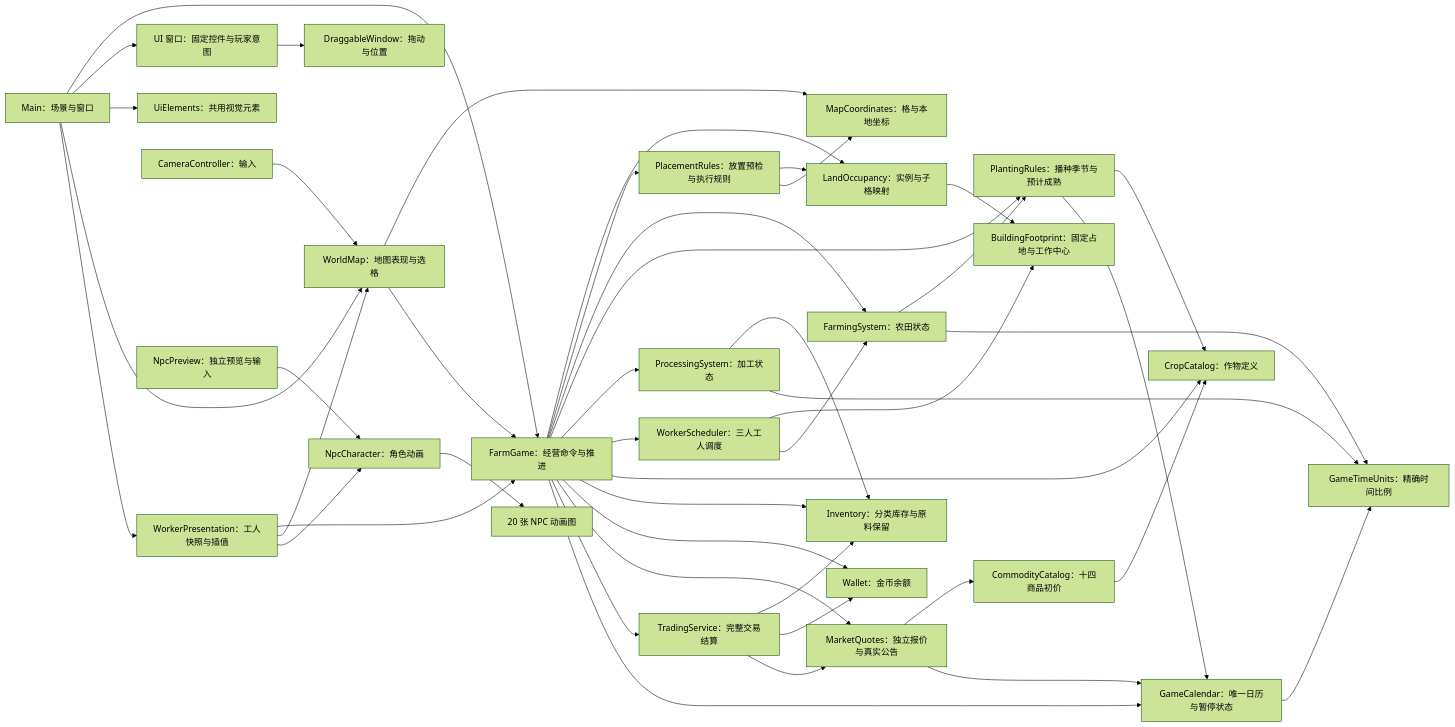
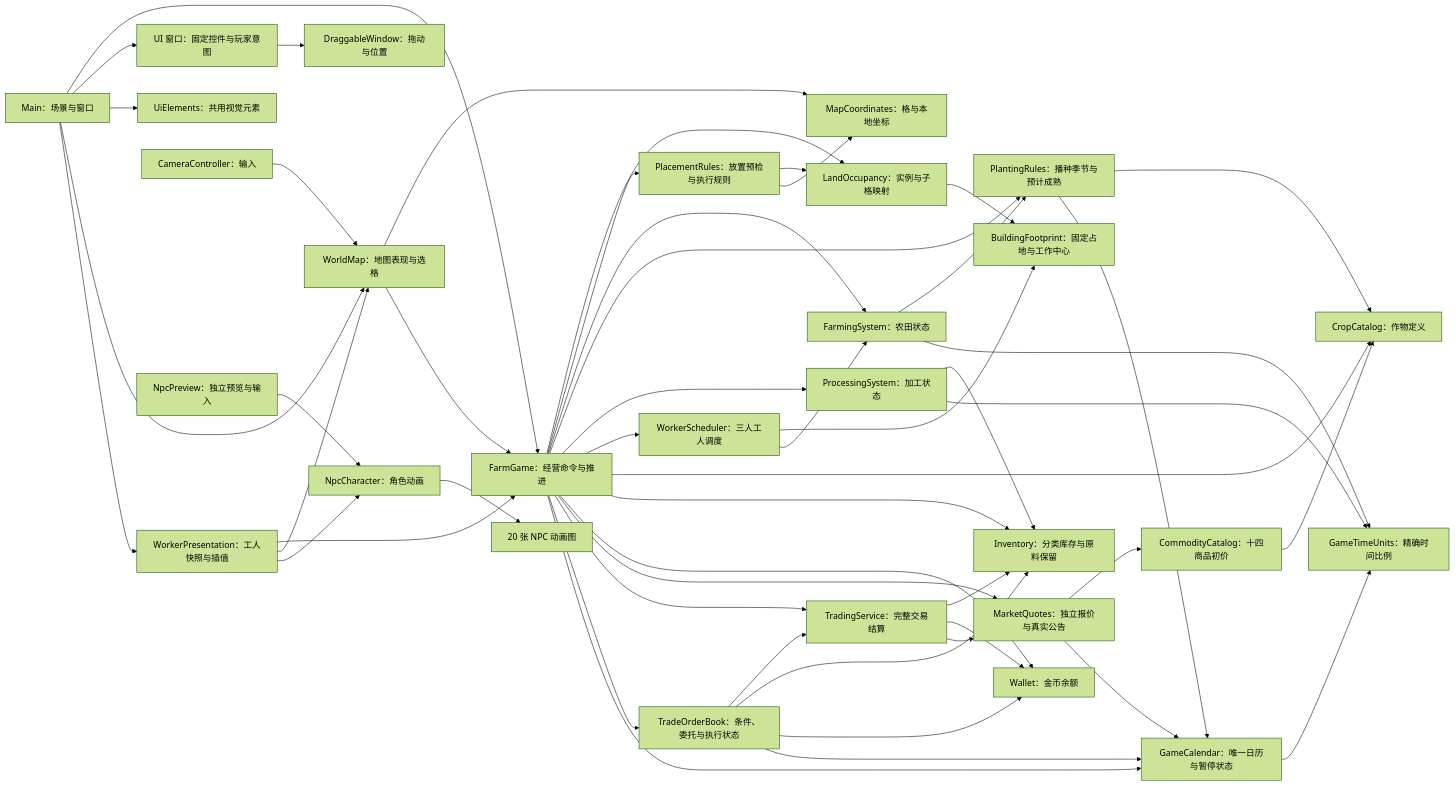
The diagram in docs/architecture/implementation-system-organization.md (Fotally/Farm-Exchange), drawn with Mermaid (forest theme) before and after one commit. The commit also changed other lines of this file and 45 other files, not shown here.

````diff
--- a/docs/architecture/implementation-system-organization.md
+++ b/docs/architecture/implementation-system-organization.md
@@ -5,47 +5,52 @@
 ```mermaid
 flowchart LR
     Main[Main：场景与窗口] --> FarmGame[FarmGame：经营命令与推进]
     Main --> UiWindows[UI 窗口：固定控件与玩家意图]
     UiWindows --> DragWindow[DraggableWindow：拖动与位置]
     Main --> UiStyle[UiElements：共用视觉元素]
     Main --> WorldMap[WorldMap：地图表现与选格]
     Main --> WorkerPresentation[WorkerPresentation：工人快照与插值]
     WorkerPresentation --> FarmGame
     WorkerPresentation --> WorldMap
     WorkerPresentation --> NpcCharacter[NpcCharacter：角色动画]
     Camera[CameraController：输入] --> WorldMap
     WorldMap --> MapCoordinates[MapCoordinates：格与本地坐标]
     WorldMap --> FarmGame
     FarmGame --> LandOccupancy[LandOccupancy：实例与子格映射]
     LandOccupancy --> Footprint[BuildingFootprint：固定占地与工作中心]
     WorkerScheduler --> Footprint
     FarmGame --> PlacementRules[PlacementRules：放置预检与执行规则]
     PlacementRules --> LandOccupancy
     PlacementRules --> MapCoordinates
     FarmGame --> FarmingSystem[FarmingSystem：农田状态]
     FarmGame --> PlantingRules[PlantingRules：播种季节与预计成熟]
     FarmGame --> ProcessingSystem[ProcessingSystem：加工状态]
     FarmGame --> WorkerScheduler[WorkerScheduler：三人工人调度]
     WorkerScheduler --> FarmingSystem
     FarmingSystem --> PlantingRules
     PlantingRules --> CropCatalog
     PlantingRules --> GameCalendar
     FarmGame --> CropCatalog[CropCatalog：作物定义]
     FarmGame --> Inventory[Inventory：分类库存与原料保留]
     ProcessingSystem --> Inventory
     FarmGame --> Wallet[Wallet：金币余额]
     FarmGame --> Market[MarketQuotes：独立报价与真实公告]
     FarmGame --> Trading[TradingService：完整交易结算]
     Trading --> Inventory
     Trading --> Wallet
     Trading --> Market
+    FarmGame --> Orders[TradeOrderBook：条件、委托与执行状态]
+    Orders --> Trading
+    Orders --> Inventory
+    Orders --> Wallet
+    Orders --> GameCalendar
     Market --> CommodityCatalog[CommodityCatalog：十四商品初价]
     CommodityCatalog --> CropCatalog
     Market --> GameCalendar
     FarmGame --> GameCalendar[GameCalendar：唯一日历与暂停状态]
     FarmingSystem --> GameTimeUnits[GameTimeUnits：精确时间比例]
     ProcessingSystem --> GameTimeUnits
     GameCalendar --> GameTimeUnits
     NpcPreview[NpcPreview：独立预览与输入] --> NpcCharacter
     NpcCharacter --> NpcSheets[20 张 NPC 动画图]
 ```
````
